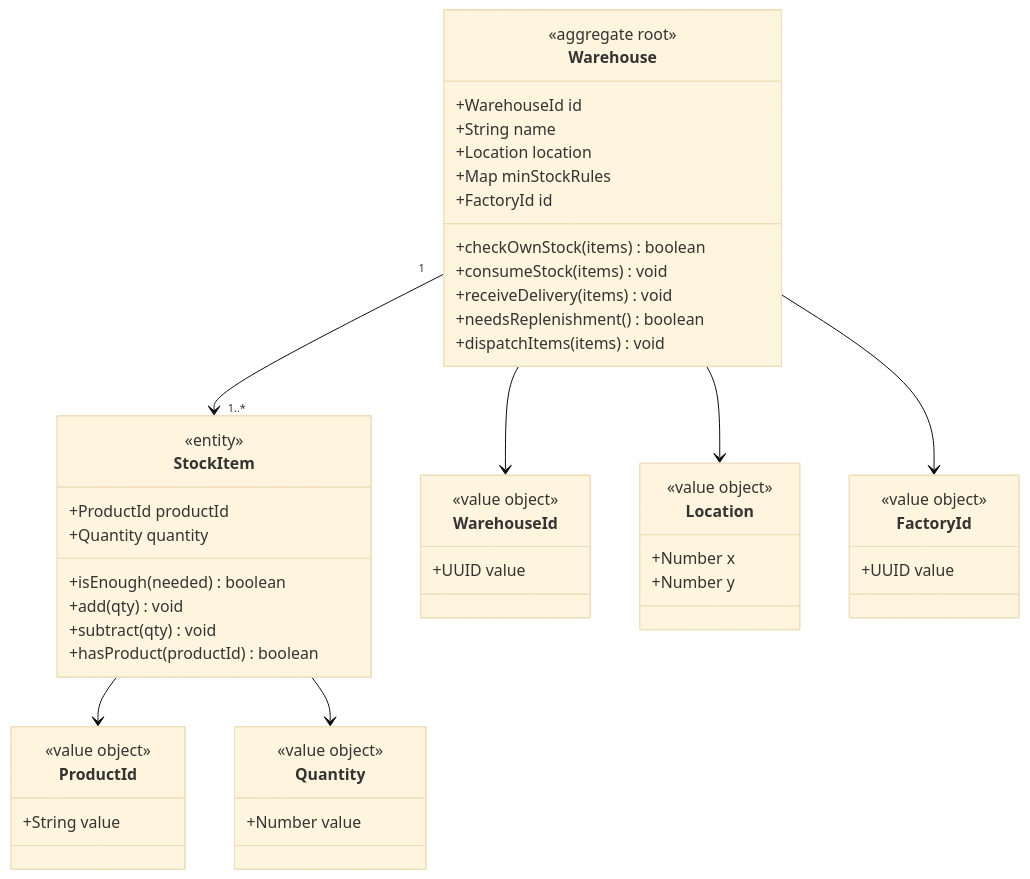
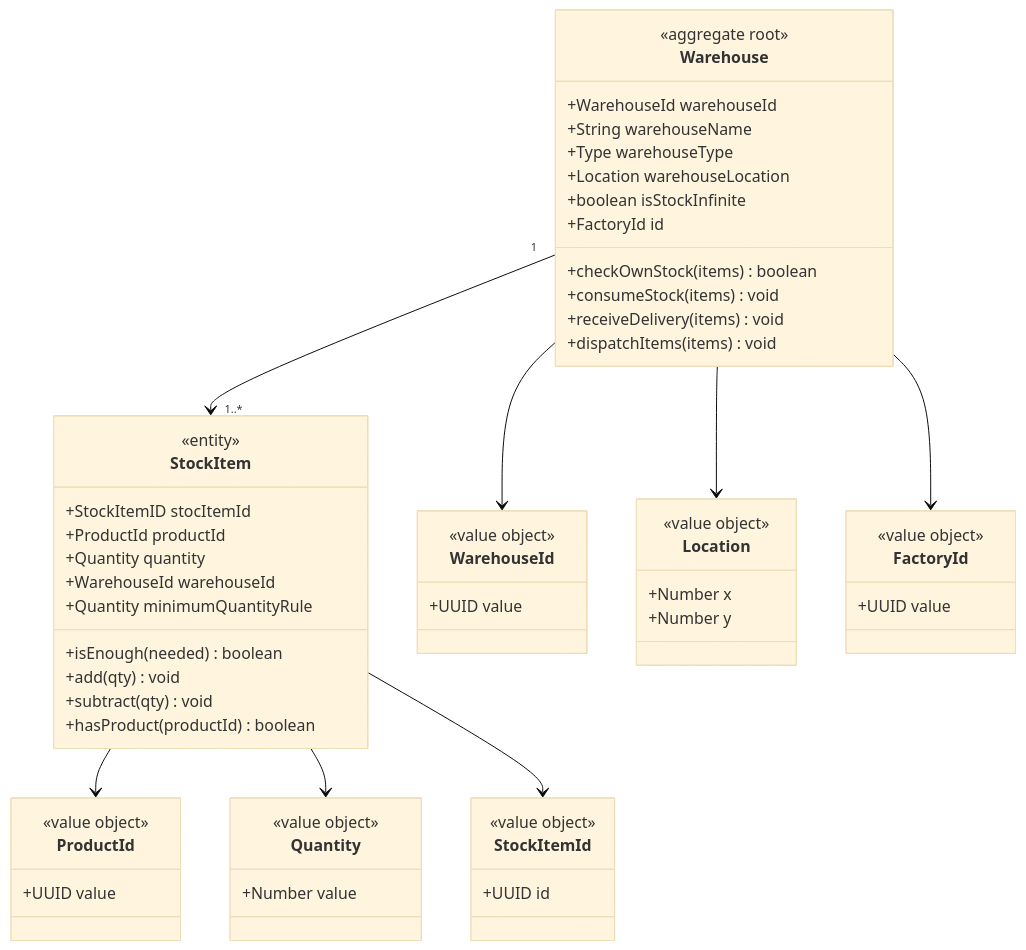
Before and after one commit to Esmeralda6/Warehouse-Workshop: the first of 5 diagrams in README.md, drawn with Mermaid (base theme). The commit also changed other lines of this file, not shown here.

Commit message:
docs: update Warehouse and StockItem class diagrams

````diff
--- a/README.md
+++ b/README.md
@@ -5,52 +5,60 @@
 ```mermaid
 classDiagram
     class Warehouse {
         <<aggregate root>>
-        +WarehouseId id
-        +String name
-        +Location location
-        +Map minStockRules
+        +WarehouseId warehouseId
+        +String warehouseName
+        +Type warehouseType
+        +Location warehouseLocation
+        +boolean isStockInfinite
         +FactoryId id
         +checkOwnStock(items) boolean
         +consumeStock(items) void
         +receiveDelivery(items) void
-        +needsReplenishment() boolean
         +dispatchItems(items) void
     }
     class StockItem {
         <<entity>>
+        +StockItemID stocItemId
         +ProductId productId
         +Quantity quantity
+        +WarehouseId warehouseId
+        +Quantity minimumQuantityRule
         +isEnough(needed) boolean
         +add(qty) void
         +subtract(qty) void
         +hasProduct(productId) boolean
     }
     class WarehouseId {
         <<value object>>
         +UUID value
     }
     class Location {
         <<value object>>
         +Number x
         +Number y
     }
     class Quantity {
         <<value object>>
         +Number value
     }
     class ProductId {
         <<value object>>
-        +String value
+        +UUID value
+    }
+    class StockItemId{
+        <<value object>>
+        +UUID id
     }
     class FactoryId {
         <<value object>>
         +UUID value
 }
     Warehouse "1" --> "1..*" StockItem
     Warehouse --> WarehouseId
     Warehouse --> Location
     Warehouse --> FactoryId
     StockItem --> ProductId
     StockItem --> Quantity
+    StockItem --> StockItemId
 ```
````
